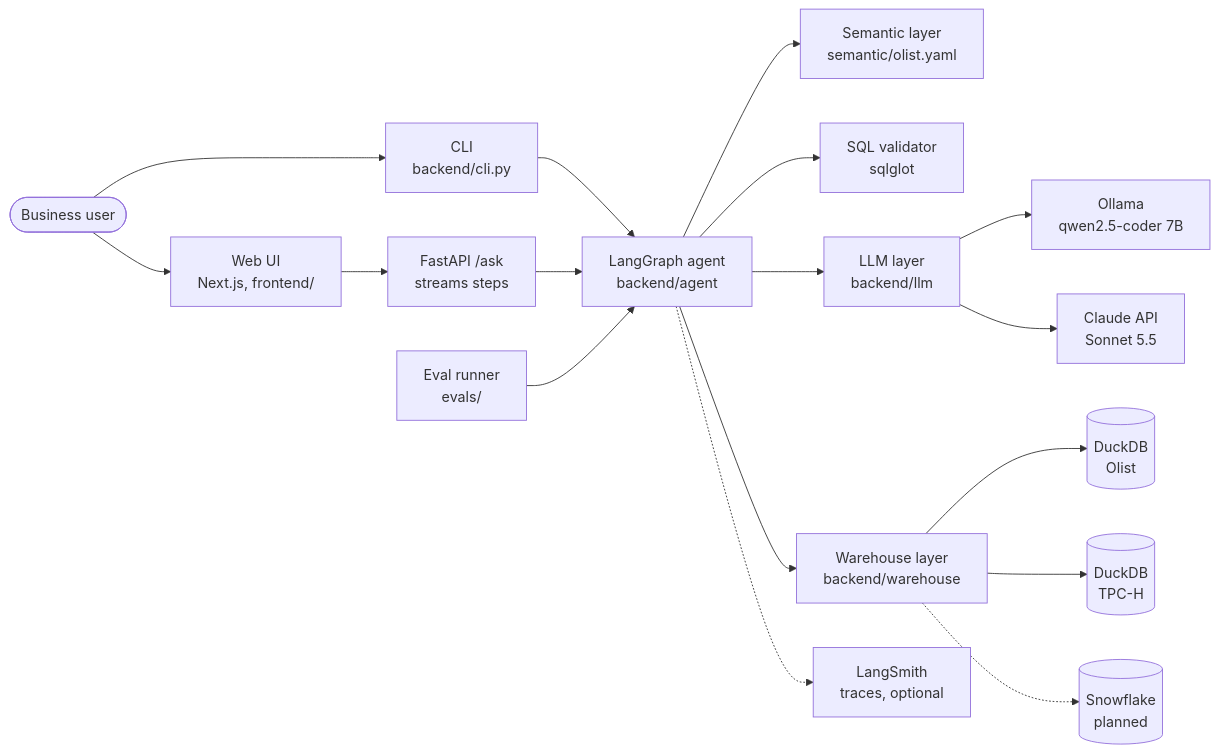
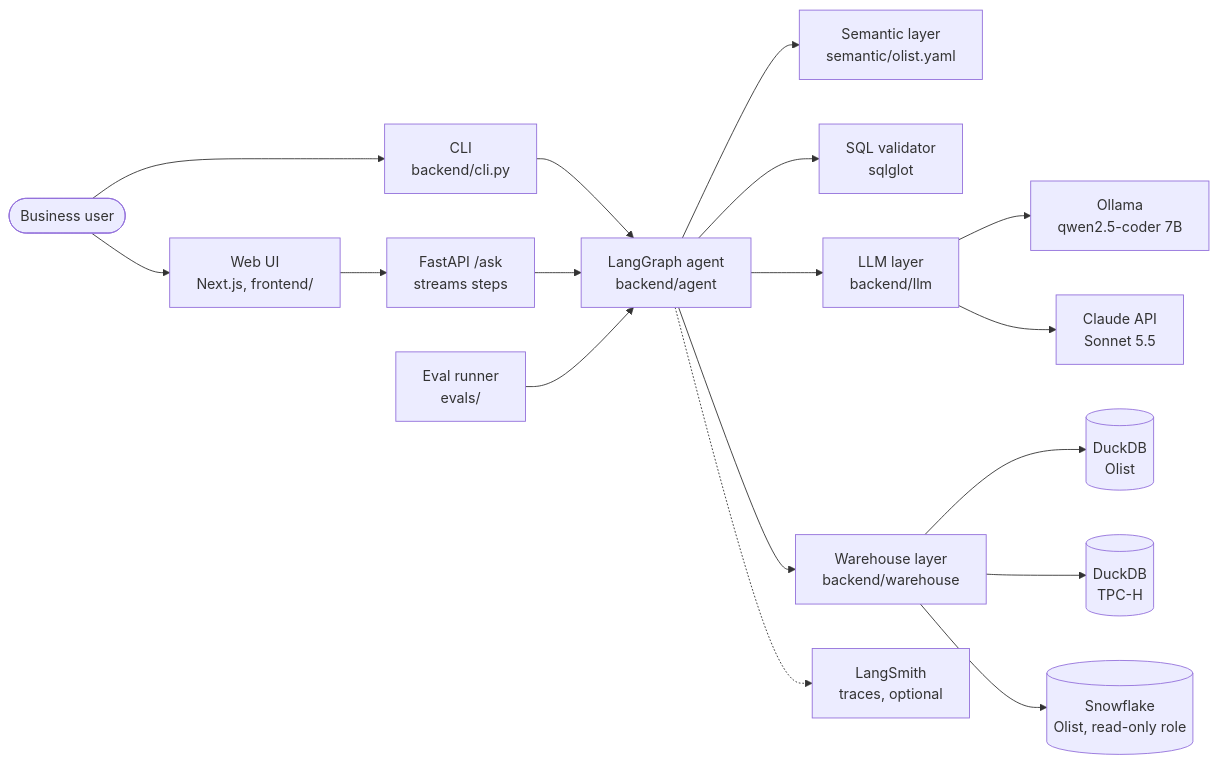
One commit to MelcoolA/querypilot changed the first of 2 diagrams in README.md. Above: the diagram before and after it, drawn with Mermaid. The commit also changed other lines of this file and 13 other files, not shown here.

````diff
--- a/README.md
+++ b/README.md
@@ -48,19 +48,19 @@
 ```mermaid
 flowchart LR
     U([Business user]) --> UI[Web UI<br/>Next.js, frontend/]
     U --> CLI[CLI<br/>backend/cli.py]
     UI --> API[FastAPI /ask<br/>streams steps]
     CLI --> AG[LangGraph agent<br/>backend/agent]
     API --> AG
     EV[Eval runner<br/>evals/] --> AG
     AG --> SEM[Semantic layer<br/>semantic/olist.yaml]
     AG --> VAL[SQL validator<br/>sqlglot]
     AG --> LLM[LLM layer<br/>backend/llm]
     LLM --> OL[Ollama<br/>qwen2.5-coder 7B]
     LLM --> CL[Claude API<br/>Sonnet 5.5]
     AG --> WH[Warehouse layer<br/>backend/warehouse]
     WH --> D1[(DuckDB<br/>Olist)]
     WH --> D2[(DuckDB<br/>TPC-H)]
-    WH -.-> SF[(Snowflake<br/>planned)]
+    WH --> SF[(Snowflake<br/>Olist, read-only role)]
     AG -.-> LS[LangSmith<br/>traces, optional]
 ```
````
